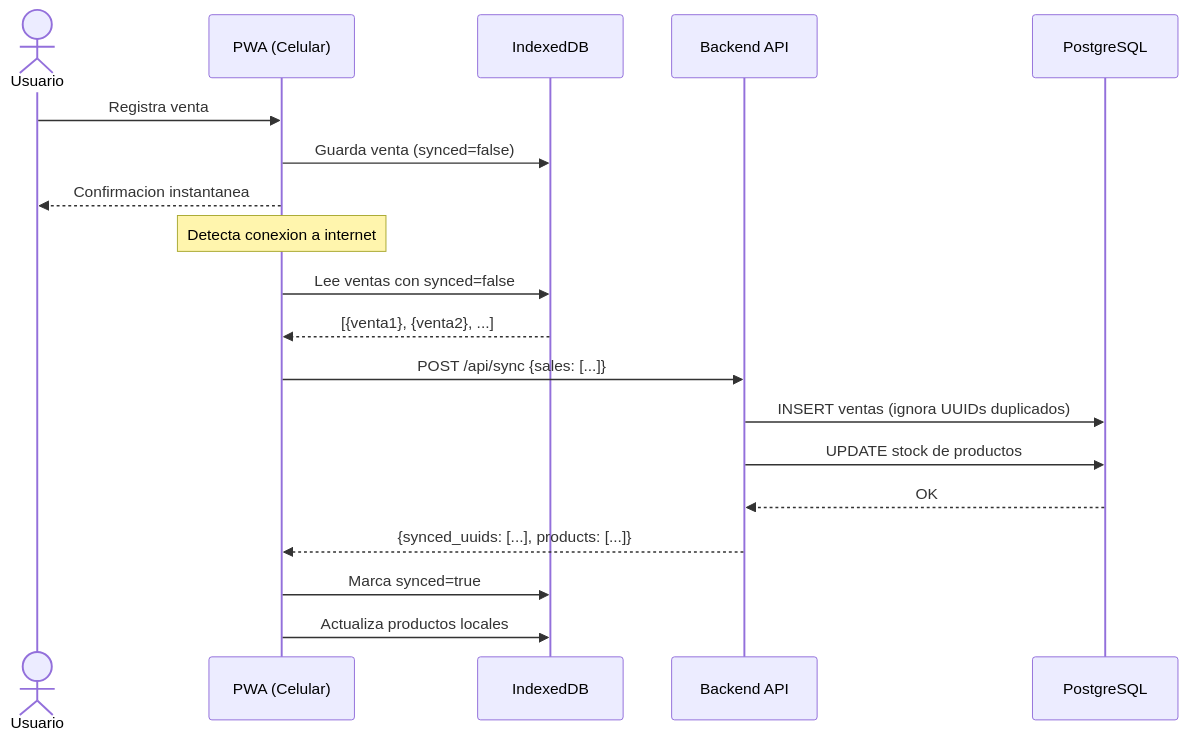
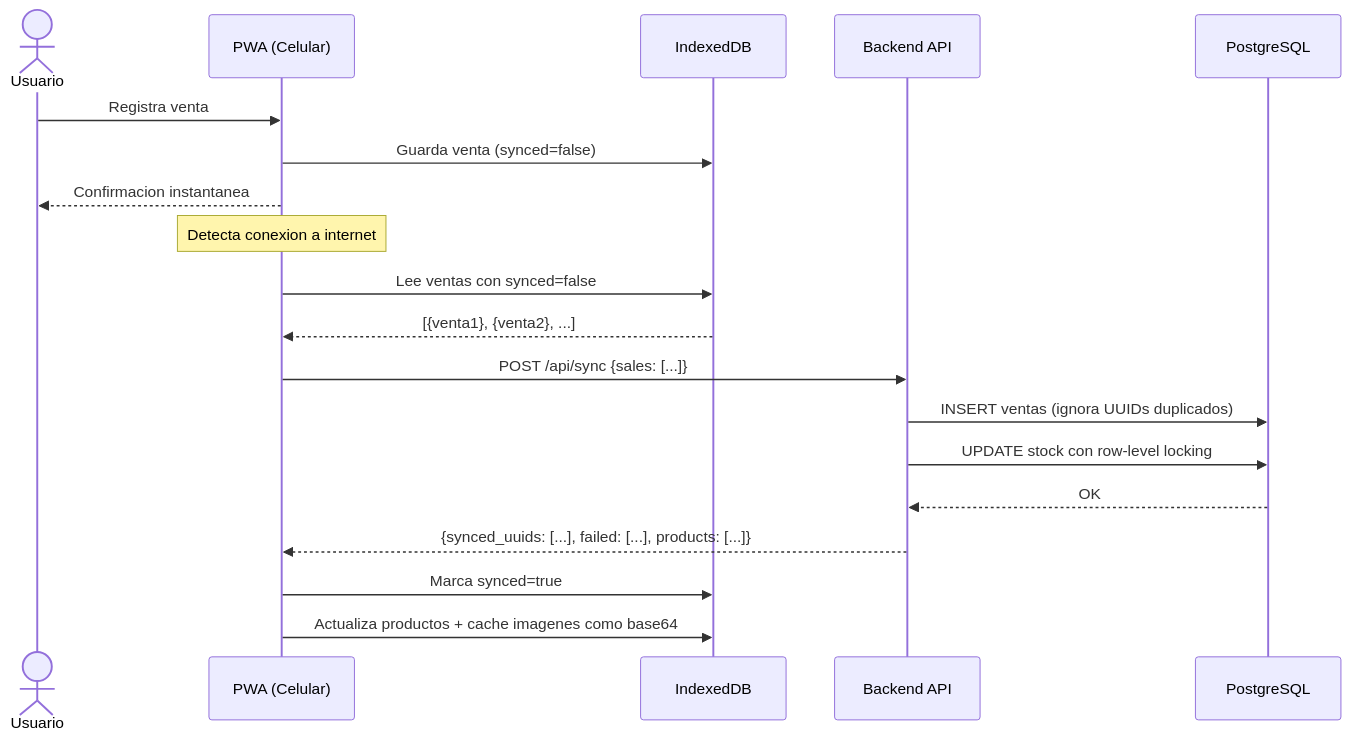
One commit to ArturoFrancoMozqueda/sweet_home_pos changed the third of 4 diagrams in README.md. Above: the diagram before and after it, drawn with Mermaid. The commit also changed other lines of this file, not shown here.

````diff
--- a/README.md
+++ b/README.md
@@ -132,24 +144,24 @@
 ```mermaid
 sequenceDiagram
     actor U as Usuario
     participant PWA as PWA (Celular)
     participant IDB as IndexedDB
     participant API as Backend API
     participant DB as PostgreSQL
 
     U->>PWA: Registra venta
     PWA->>IDB: Guarda venta (synced=false)
     PWA-->>U: Confirmacion instantanea
 
     Note over PWA: Detecta conexion a internet
 
     PWA->>IDB: Lee ventas con synced=false
     IDB-->>PWA: [{venta1}, {venta2}, ...]
     PWA->>API: POST /api/sync {sales: [...]}
     API->>DB: INSERT ventas (ignora UUIDs duplicados)
-    API->>DB: UPDATE stock de productos
+    API->>DB: UPDATE stock con row-level locking
     DB-->>API: OK
-    API-->>PWA: {synced_uuids: [...], products: [...]}
+    API-->>PWA: {synced_uuids: [...], failed: [...], products: [...]}
     PWA->>IDB: Marca synced=true
-    PWA->>IDB: Actualiza productos locales
+    PWA->>IDB: Actualiza productos + cache imagenes como base64
 ```
````
